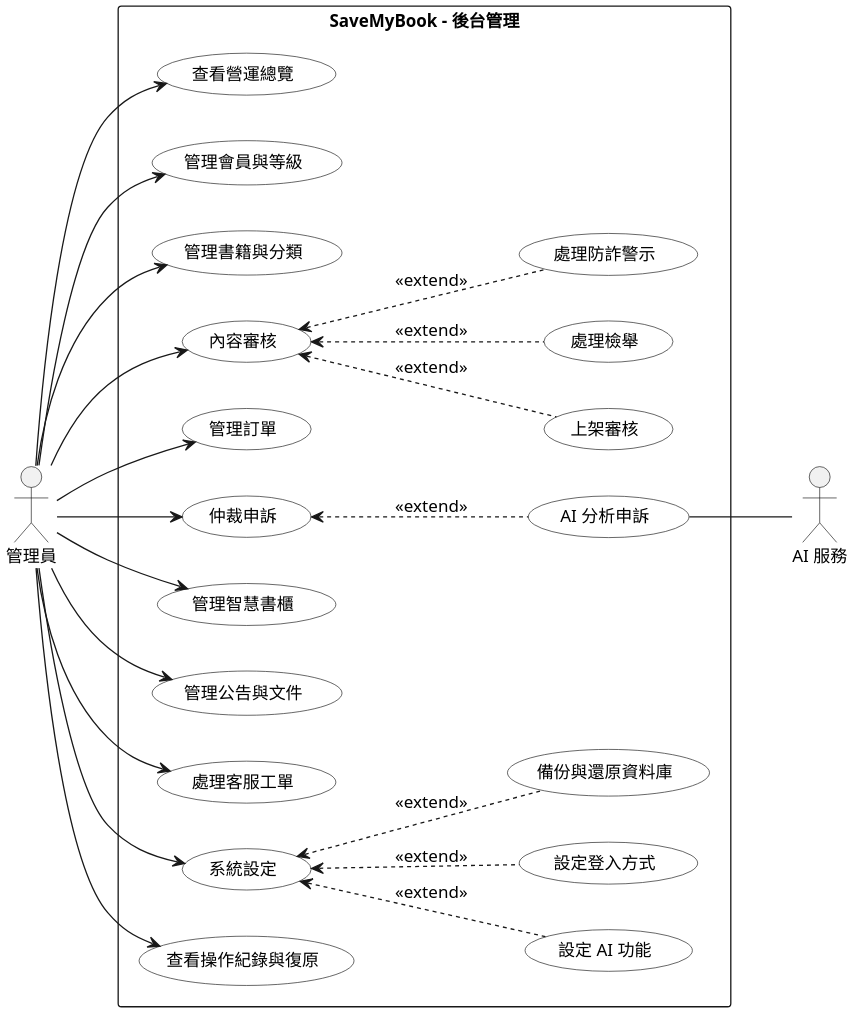
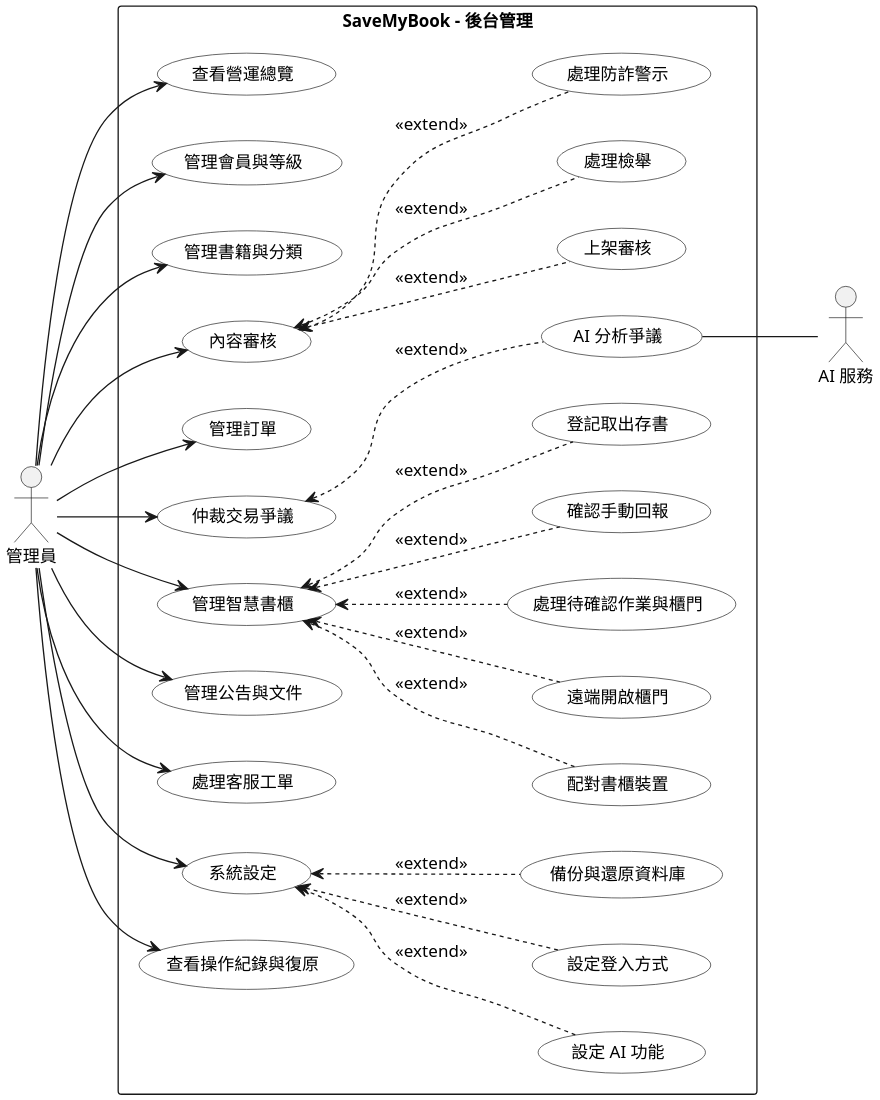
Before and after one commit to SaveMyBook/SaveMyBook: the diagram in Diagrams/Use Case/v3/uc_admin.puml, drawn with PlantUML. The commit also changed 561 other files, not shown here.

```diff
--- a/Diagrams/Use Case/v3/uc_admin.puml
+++ b/Diagrams/Use Case/v3/uc_admin.puml
@@ -1,55 +1,65 @@
 @startuml
 skinparam monochrome true
 skinparam shadowing false
 skinparam dpi 220
 skinparam defaultFontName "PingFang TC"
 skinparam defaultFontSize 13
 skinparam usecase {
   BackgroundColor white
 }
 left to right direction
 
 actor 管理員
 actor "AI 服務" as AI
 
 rectangle "SaveMyBook - 後台管理" {
   usecase "查看營運總覽" as overview
   usecase "管理會員與等級" as members
   usecase "管理書籍與分類" as books
   usecase "內容審核" as moderation
   usecase "上架審核" as review
   usecase "處理檢舉" as report
   usecase "處理防詐警示" as risk
   usecase "管理訂單" as orders
-  usecase "仲裁申訴" as dispute
-  usecase "AI 分析申訴" as aianalysis
+  usecase "仲裁交易爭議" as dispute
+  usecase "AI 分析爭議" as aianalysis
   usecase "管理智慧書櫃" as cabinets
+  usecase "配對書櫃裝置" as pair
+  usecase "遠端開啟櫃門" as remote
+  usecase "處理待確認作業與櫃門" as cabreview
+  usecase "確認手動回報" as cabmanual
+  usecase "登記取出存書" as clear
   usecase "管理公告與文件" as content
   usecase "處理客服工單" as tickets
   usecase "系統設定" as settings
   usecase "設定 AI 功能" as ai
   usecase "設定登入方式" as signin
   usecase "備份與還原資料庫" as backup
   usecase "查看操作紀錄與復原" as logs
 }
 
 管理員 --> overview
 管理員 --> members
 管理員 --> books
 管理員 --> moderation
 moderation <.. review : <<extend>>
 moderation <.. report : <<extend>>
 moderation <.. risk : <<extend>>
 管理員 --> orders
 管理員 --> dispute
 dispute <.. aianalysis : <<extend>>
 aianalysis -- AI
 管理員 --> cabinets
+cabinets <.. pair : <<extend>>
+cabinets <.. remote : <<extend>>
+cabinets <.. cabreview : <<extend>>
+cabinets <.. cabmanual : <<extend>>
+cabinets <.. clear : <<extend>>
 管理員 --> content
 管理員 --> tickets
 管理員 --> settings
 settings <.. ai : <<extend>>
 settings <.. signin : <<extend>>
 settings <.. backup : <<extend>>
 管理員 --> logs
 @enduml
```
